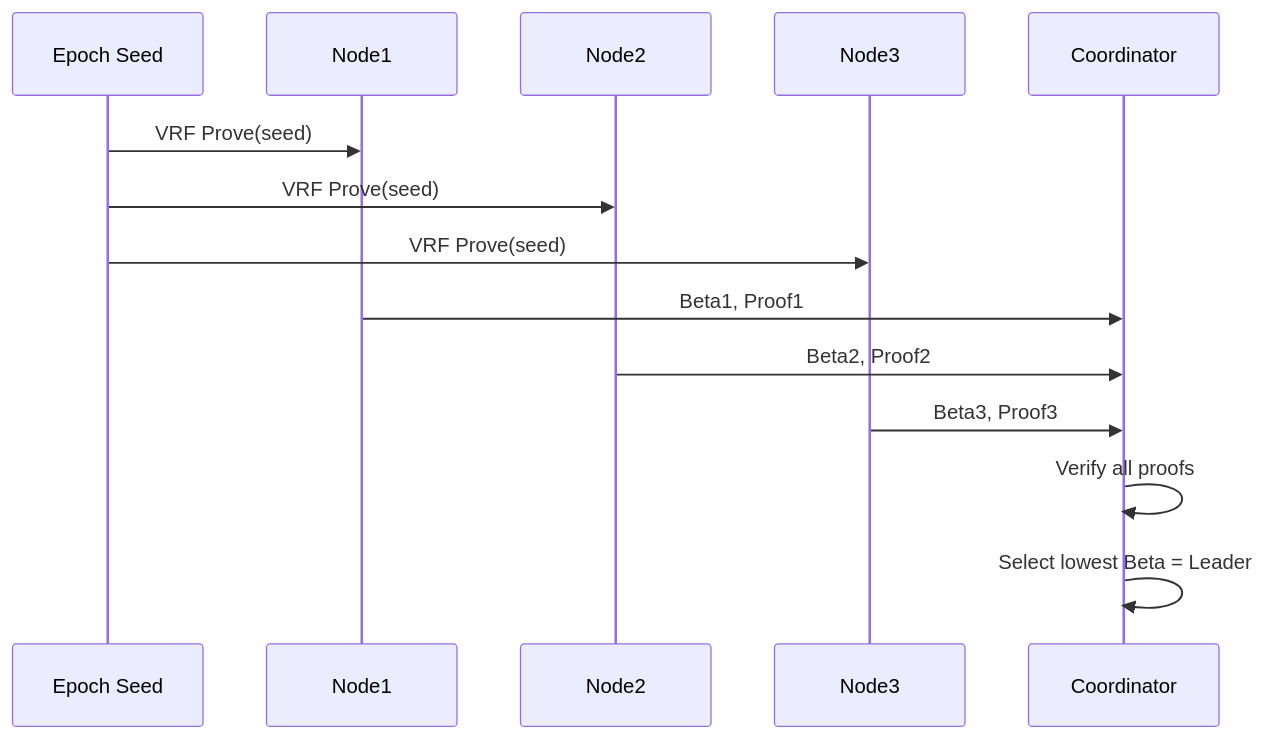
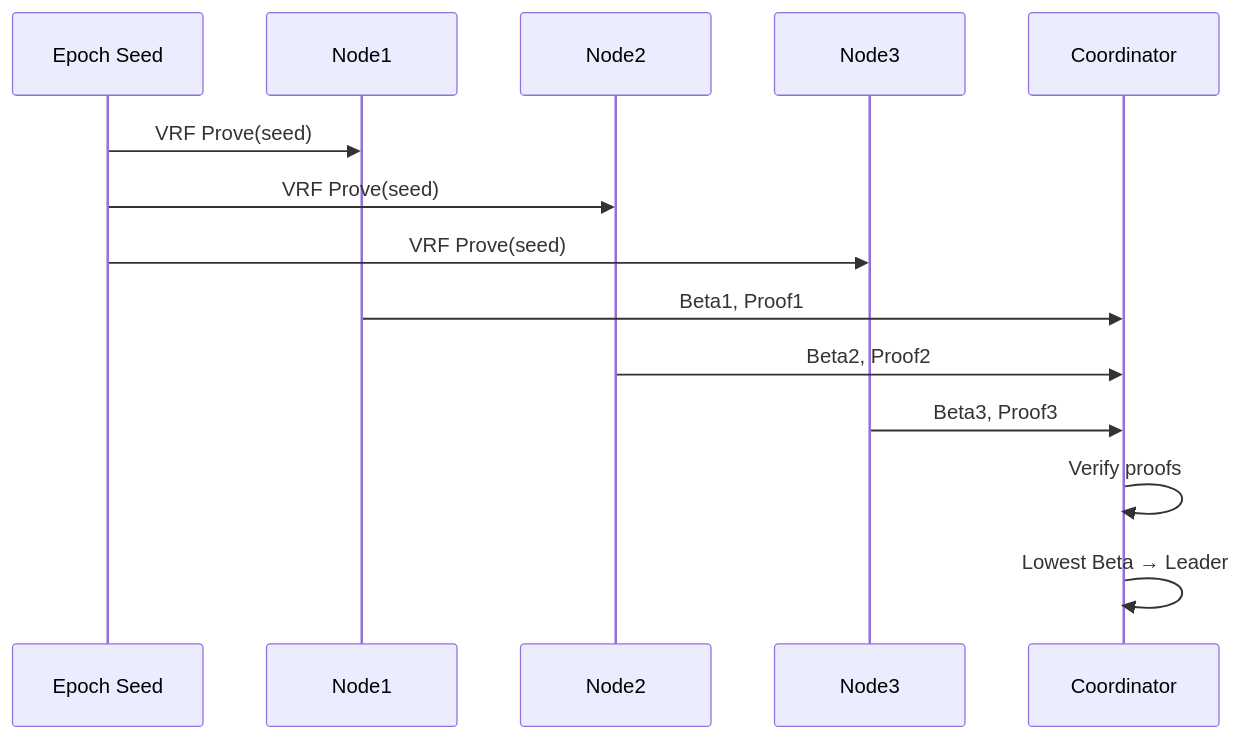
One commit to 0xUnavailable/DeSync-V0 changed the second of 2 diagrams in README.md. Above: the diagram before and after it, drawn with Mermaid. The commit also changed other lines of this file and 6 other files, not shown here.

````diff
--- a/README.md
+++ b/README.md
@@ -50,18 +172,18 @@
 ```mermaid
 sequenceDiagram
     participant Seed as Epoch Seed
     participant Node1
     participant Node2
     participant Node3
 
     Seed->>Node1: VRF Prove(seed)
     Seed->>Node2: VRF Prove(seed)
     Seed->>Node3: VRF Prove(seed)
 
     Node1->>Coordinator: Beta1, Proof1
     Node2->>Coordinator: Beta2, Proof2
     Node3->>Coordinator: Beta3, Proof3
 
-    Coordinator->>Coordinator: Verify all proofs
-    Coordinator->>Coordinator: Select lowest Beta = Leader
+    Coordinator->>Coordinator: Verify proofs
+    Coordinator->>Coordinator: Lowest Beta → Leader
 ```
````
